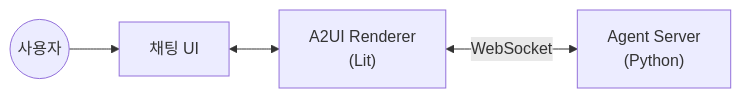
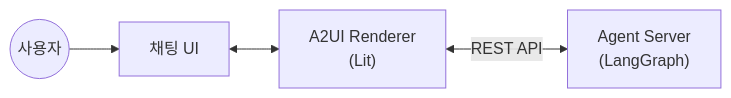
The diagram in README.md (BuildingOwner/Trip-Booking-Bot-A2UI), drawn with Mermaid before and after one commit. The commit also changed other lines of this file and 10 other files, not shown here.

````diff
--- a/README.md
+++ b/README.md
@@ -7,6 +7,6 @@
 ```mermaid
 flowchart LR
     User((사용자)) --> Chat["채팅 UI"]
     Chat <--> A2UI["A2UI Renderer<br/>(Lit)"]
-    A2UI <-->|"WebSocket"| Agent["Agent Server<br/>(Python)"]
+    A2UI <-->|"REST API"| Agent["Agent Server<br/>(LangGraph)"]
 ```
````
